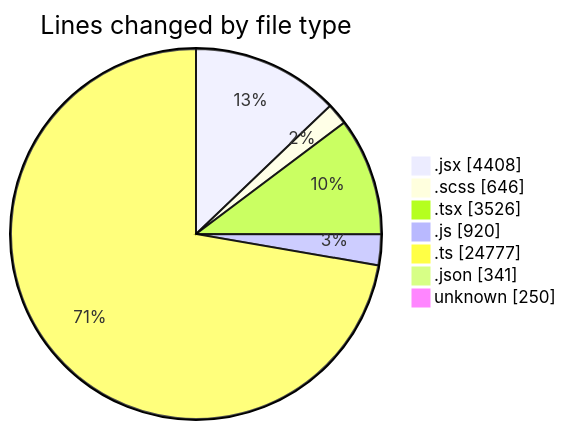
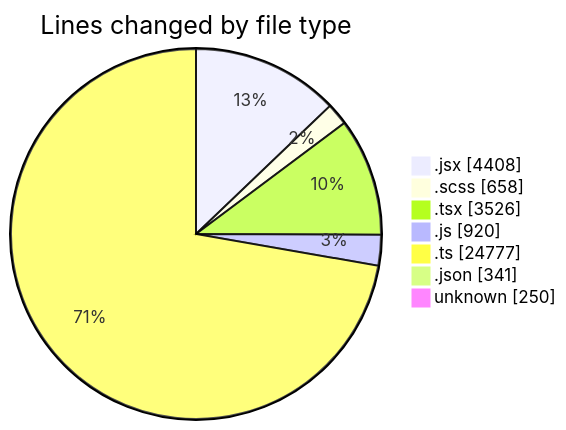
One commit to momahboobian/code-tracking changed the first of 2 diagrams in 2026-09-02/cda/README.md. Above: the diagram before and after it, drawn with Mermaid. The commit also changed other lines of this file and 1 other file, not shown here.

````diff
--- a/2026-09-02/cda/README.md
+++ b/2026-09-02/cda/README.md
@@ -78,11 +78,11 @@
 ```mermaid
 pie showData
 title Lines changed by file type
 ".jsx" : 4408
-".scss" : 646
+".scss" : 658
 ".tsx" : 3526
 ".js" : 920
 ".ts" : 24777
 ".json" : 341
 "unknown" : 250
 ```
````
